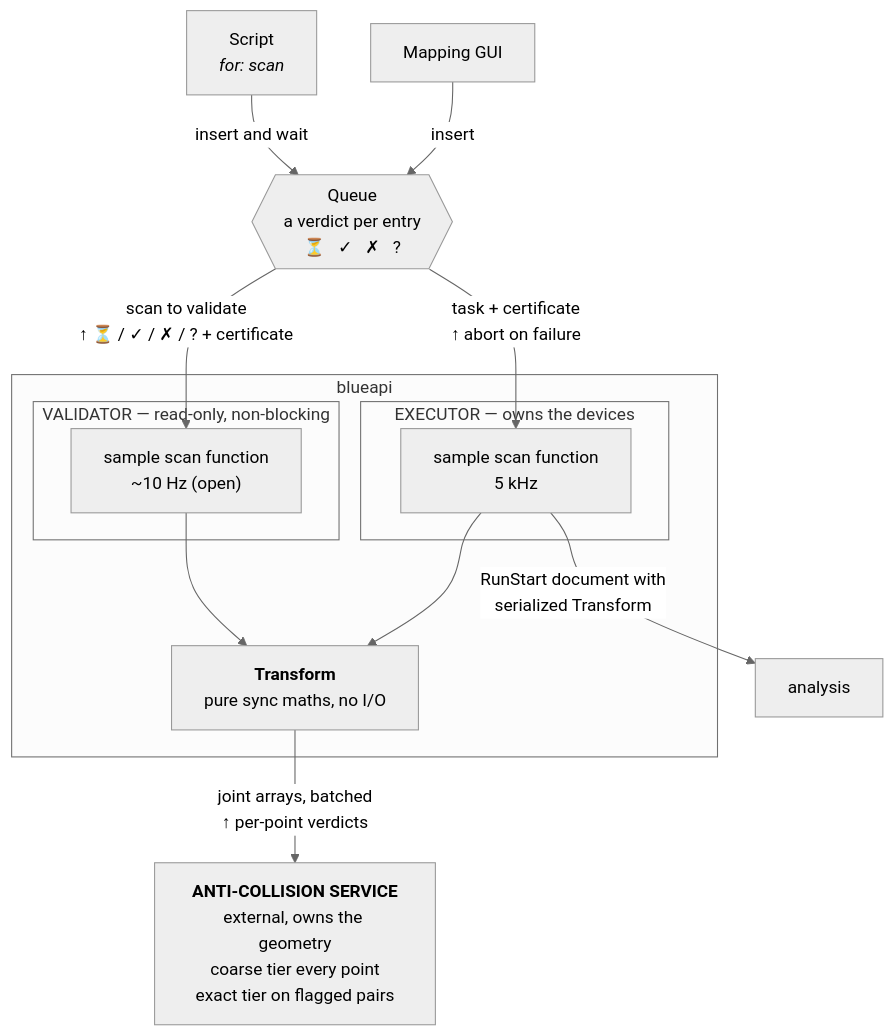
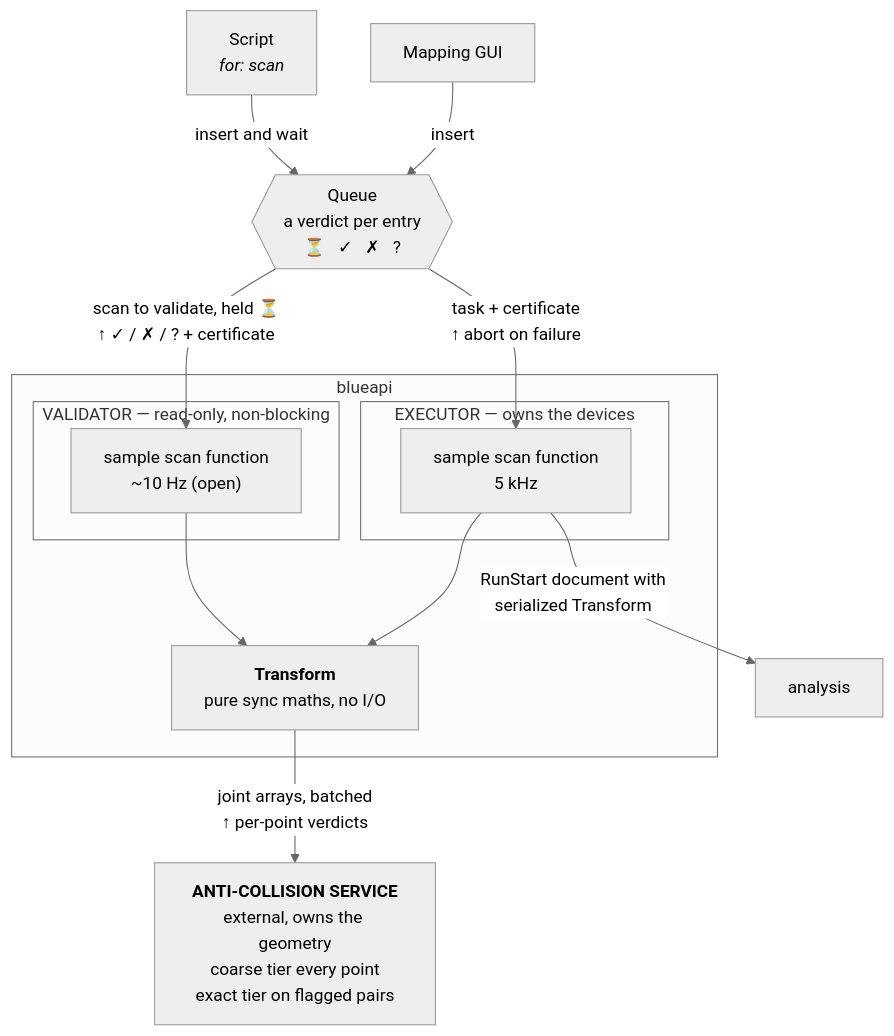
Before and after one commit to coretl/bluesky-architecture: the first of 2 diagrams in docs/explanations/architecture.md, drawn with Mermaid (neutral theme). The commit also changed other lines of this file and 1 other file, not shown here.

````diff
--- a/docs/explanations/architecture.md
+++ b/docs/explanations/architecture.md
@@ -29,29 +29,29 @@
 ```{mermaid}
 flowchart TB
     Script["Script<br/><i>for: scan</i>"]
     GUI["Mapping GUI"]
     Script -- "insert and wait" --> Q
     GUI -- "insert" --> Q
     Q{{"Queue<br/>a verdict per entry<br/>⏳ &nbsp; ✓ &nbsp; ✗ &nbsp; ?"}}
 
-    Q -- "scan to validate<br/>↑ ⏳ / ✓ / ✗ / ? + certificate" --> VS
+    Q -- "scan to validate, held ⏳<br/>↑ ✓ / ✗ / ? + certificate" --> VS
     Q -- "task + certificate<br/>↑ abort on failure" --> ES
 
     subgraph BA ["blueapi"]
         subgraph V ["VALIDATOR &mdash; read-only, non-blocking"]
             VS["sample scan function<br/>~10 Hz (open)"]
         end
         subgraph E ["EXECUTOR &mdash; owns the devices"]
             ES["sample scan function<br/>5 kHz"]
         end
         KIN["<b>Transform</b><br/>pure sync maths, no I/O"]
     end
 
     AN["analysis"]
     AC["<b>ANTI-COLLISION SERVICE</b><br/>external, owns the geometry<br/>coarse tier every point<br/>exact tier on flagged pairs"]
 
     VS --> KIN
     ES --> KIN
     ES -- "RunStart document with<br/>serialized Transform" --> AN
     KIN -- "joint arrays, batched<br/>↑ per-point verdicts" --> AC
 ```
````
